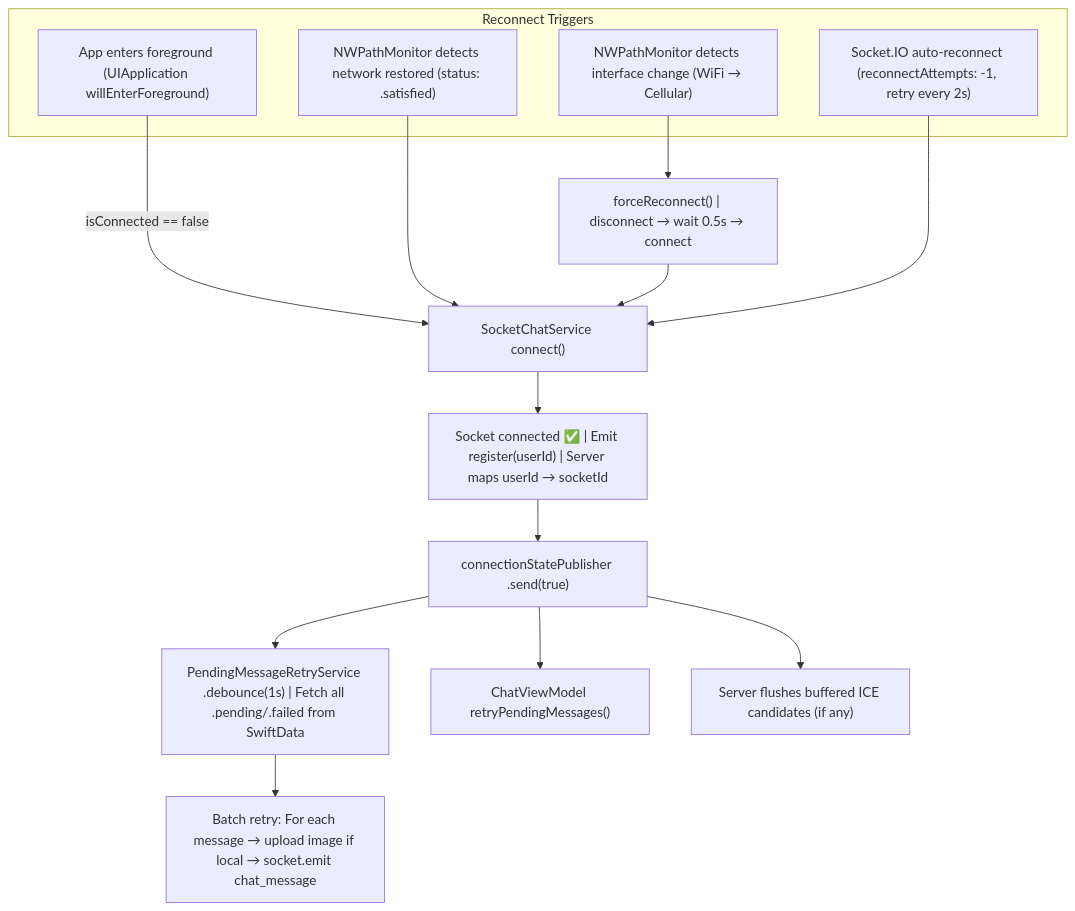
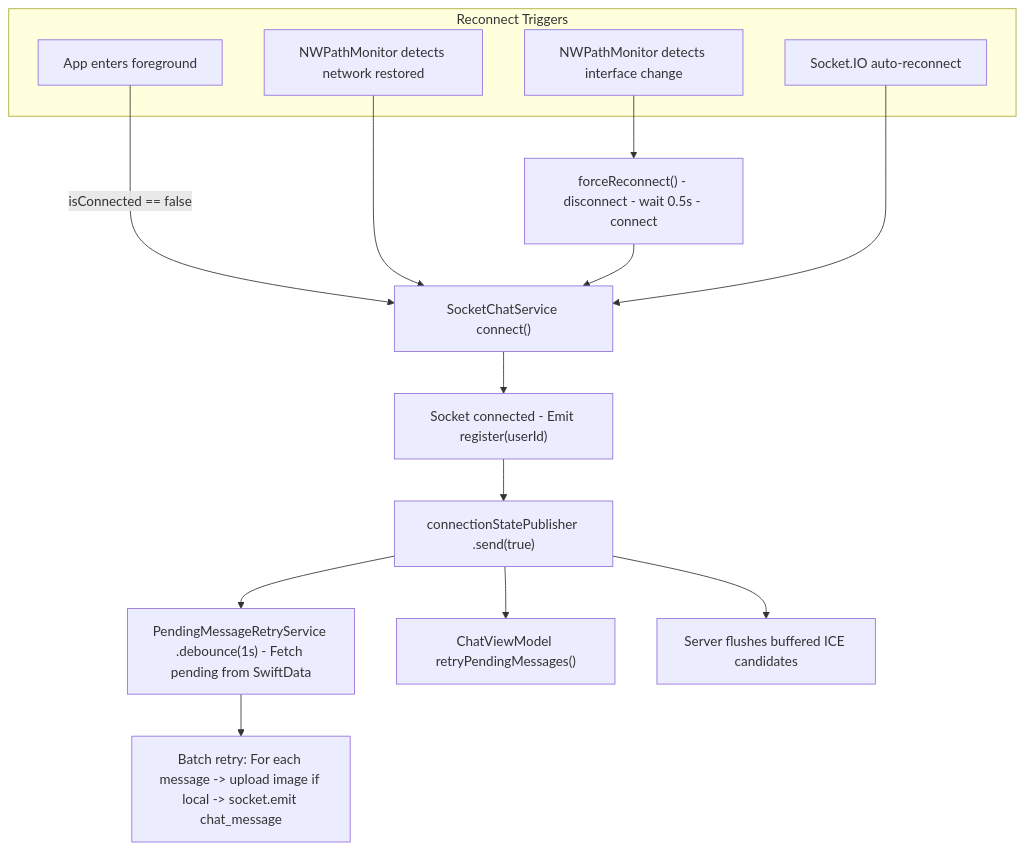
Before and after one commit to denizyakar/SoniApp: the fifth of 6 diagrams in README.md, drawn with Mermaid. The commit also changed other lines of this file, not shown here.

````diff
--- a/README.md
+++ b/README.md
@@ -285,25 +289,25 @@
 ```mermaid
 flowchart TD
     subgraph Triggers["Reconnect Triggers"]
-        T1["App enters foreground (UIApplication willEnterForeground)"]
-        T2["NWPathMonitor detects network restored (status: .satisfied)"]
-        T3["NWPathMonitor detects interface change (WiFi → Cellular)"]
-        T4["Socket.IO auto-reconnect (reconnectAttempts: -1, retry every 2s)"]
+        T1["App enters foreground"]
+        T2["NWPathMonitor detects network restored"]
+        T3["NWPathMonitor detects interface change"]
+        T4["Socket.IO auto-reconnect"]
     end
 
     T1 -->|"isConnected == false"| CONN["SocketChatService connect()"]
     T2 --> CONN
-    T3 --> FORCE["forceReconnect() | disconnect → wait 0.5s → connect"]
+    T3 --> FORCE["forceReconnect() - disconnect - wait 0.5s - connect"]
     FORCE --> CONN
     T4 --> CONN
 
-    CONN --> REG["Socket connected ✅ | Emit register(userId) | Server maps userId → socketId"]
+    CONN --> REG["Socket connected - Emit register(userId)"]
 
     REG --> PUB["connectionStatePublisher .send(true)"]
 
-    PUB --> RETRY["PendingMessageRetryService .debounce(1s) | Fetch all .pending/.failed from SwiftData"]
+    PUB --> RETRY["PendingMessageRetryService .debounce(1s) - Fetch pending from SwiftData"]
     PUB --> READ["ChatViewModel retryPendingMessages()"]
-    PUB --> FLUSH["Server flushes buffered ICE candidates (if any)"]
+    PUB --> FLUSH["Server flushes buffered ICE candidates"]
 
-    RETRY --> BATCH["Batch retry: For each message → upload image if local → socket.emit chat_message"]
+    RETRY --> BATCH["Batch retry: For each message -> upload image if local -> socket.emit chat_message"]
 ```
````
